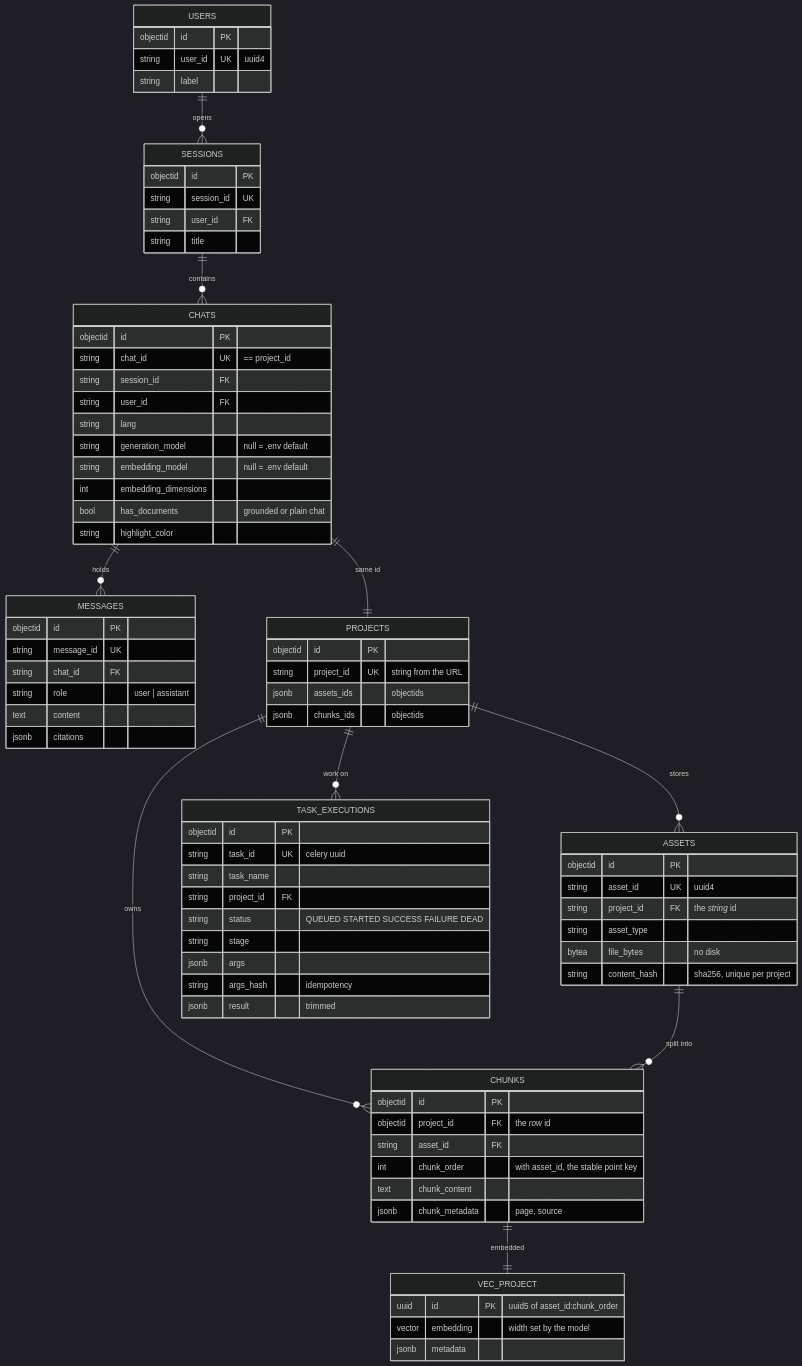
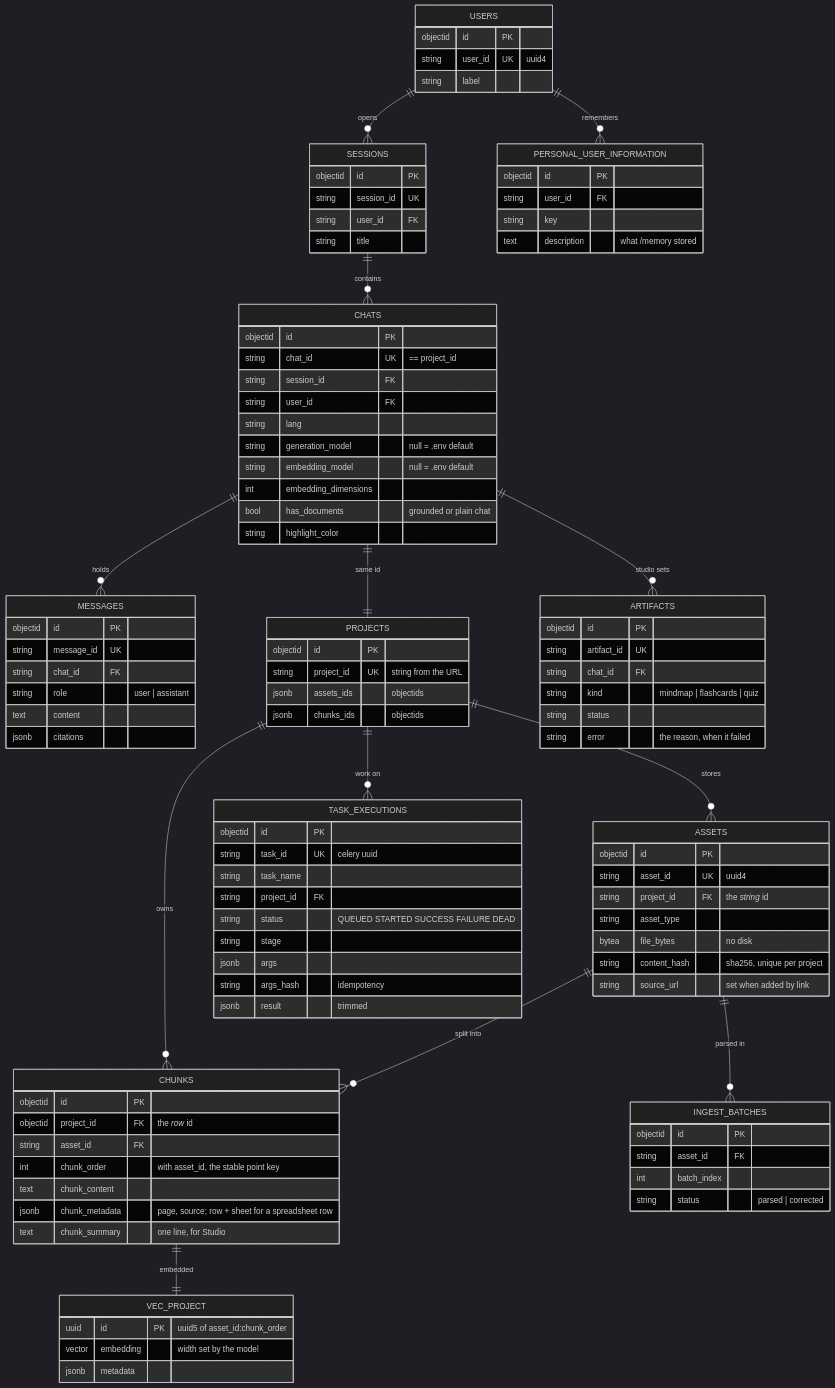
One commit to omarTBakr/notebookllm-minus changed the fifth of 5 diagrams in README.md. Above: the diagram before and after it, drawn with Mermaid (dark theme). The commit also changed other lines of this file and 172 other files, not shown here.

```diff
--- a/README.md
+++ b/README.md
@@ -568,6 +648,9 @@
     ASSETS ||--o{ CHUNKS : "split into"
     PROJECTS ||--o{ TASK_EXECUTIONS : "work on"
     CHUNKS ||--|| VEC_PROJECT : embedded
+    CHATS ||--o{ ARTIFACTS : "studio sets"
+    ASSETS ||--o{ INGEST_BATCHES : "parsed in"
+    USERS ||--o{ PERSONAL_USER_INFORMATION : remembers
 
     USERS {
         objectid id PK
@@ -613,6 +696,7 @@
         string asset_type
         bytea file_bytes "no disk"
         string content_hash "sha256, unique per project"
+        string source_url "set when added by link"
     }
     CHUNKS {
         objectid id PK
@@ -620,7 +704,8 @@
         string asset_id FK
         int chunk_order "with asset_id, the stable point key"
         text chunk_content
-        jsonb chunk_metadata "page, source"
+        jsonb chunk_metadata "page, source; row + sheet for a spreadsheet row"
+        text chunk_summary "one line, for Studio"
     }
     TASK_EXECUTIONS {
         objectid id PK
@@ -633,6 +718,26 @@
         string args_hash "idempotency"
         jsonb result "trimmed"
     }
+    ARTIFACTS {
+        objectid id PK
+        string artifact_id UK
+        string chat_id FK
+        string kind "mindmap | flashcards | quiz"
+        string status
+        string error "the reason, when it failed"
+    }
+    INGEST_BATCHES {
+        objectid id PK
+        string asset_id FK
+        int batch_index
+        string status "parsed | corrected"
+    }
+    PERSONAL_USER_INFORMATION {
+        objectid id PK
+        string user_id FK
+        string key
+        text description "what /memory stored"
+    }
     VEC_PROJECT {
         uuid id PK "uuid5 of asset_id:chunk_order"
         vector embedding "width set by the model"
```
